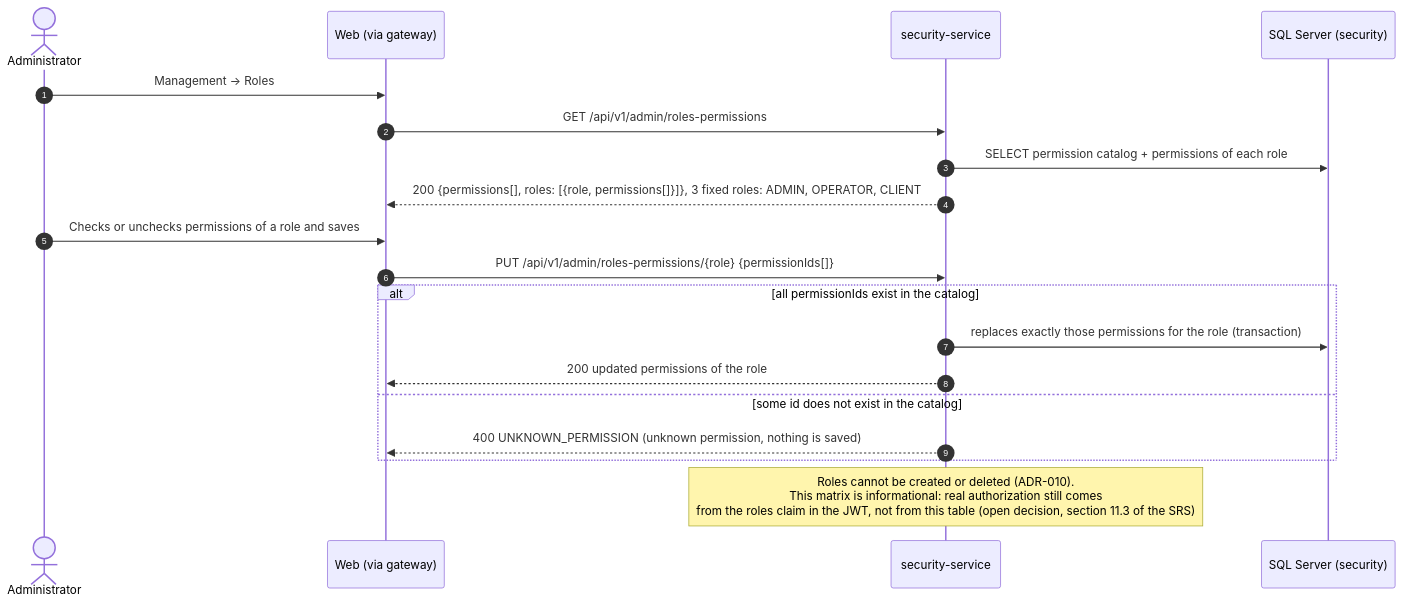
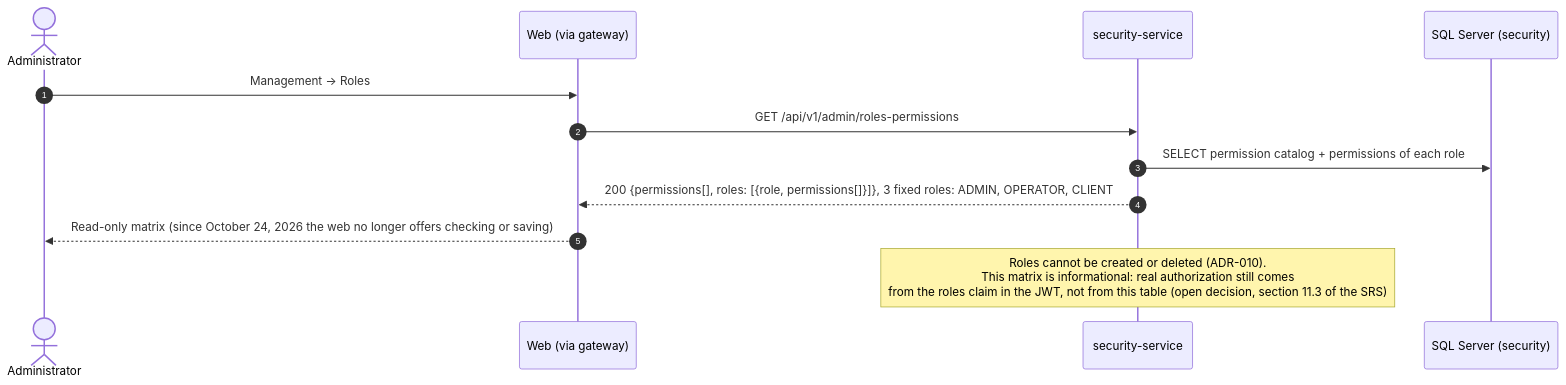
Diagram 11 of 26 in 02_DOCUMENTACION_DE_ANALISIS_DEL_SOFTWARE/EN/MD/software-analysis-documentation.md (BrayanCABRERA123/lavarapido-docs), drawn with Mermaid before and after one commit. The commit also changed other lines of this file and 1 other file, not shown here.

Commit message:
docs(analysis): show the read-only permission matrix and drop the removed scheduled-booking expiry

````diff
--- a/02_DOCUMENTACION_DE_ANALISIS_DEL_SOFTWARE/EN/MD/software-analysis-documentation.md
+++ b/02_DOCUMENTACION_DE_ANALISIS_DEL_SOFTWARE/EN/MD/software-analysis-documentation.md
@@ -490,22 +490,15 @@
 ```mermaid
 sequenceDiagram
     autonumber
     actor A as Administrator
     participant W as Web (via gateway)
     participant S as security-service
     participant DB as SQL Server (security)
 
     A->>W: Management → Roles
     W->>S: GET /api/v1/admin/roles-permissions
     S->>DB: SELECT permission catalog + permissions of each role
     S-->>W: 200 {permissions[], roles: [{role, permissions[]}]}, 3 fixed roles: ADMIN, OPERATOR, CLIENT
-    A->>W: Checks or unchecks permissions of a role and saves
-    W->>S: PUT /api/v1/admin/roles-permissions/{role} {permissionIds[]}
-    alt all permissionIds exist in the catalog
-        S->>DB: replaces exactly those permissions for the role (transaction)
-        S-->>W: 200 updated permissions of the role
-    else some id does not exist in the catalog
-        S-->>W: 400 UNKNOWN_PERMISSION (unknown permission, nothing is saved)
-    end
+    W-->>A: Read-only matrix (since October 24, 2026 the web no longer offers checking or saving)
     Note over S: Roles cannot be created or deleted (ADR-010).<br/>This matrix is informational: real authorization still comes<br/>from the roles claim in the JWT, not from this table (open decision, section 11.3 of the SRS)
 ```
````
